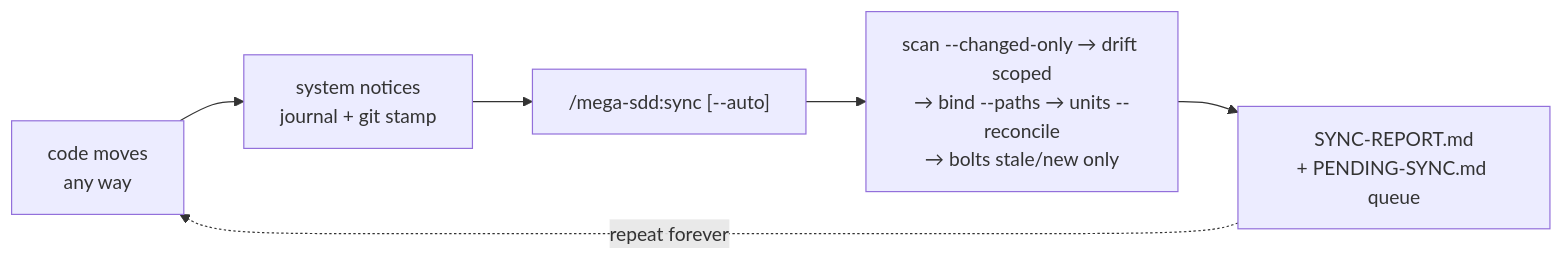
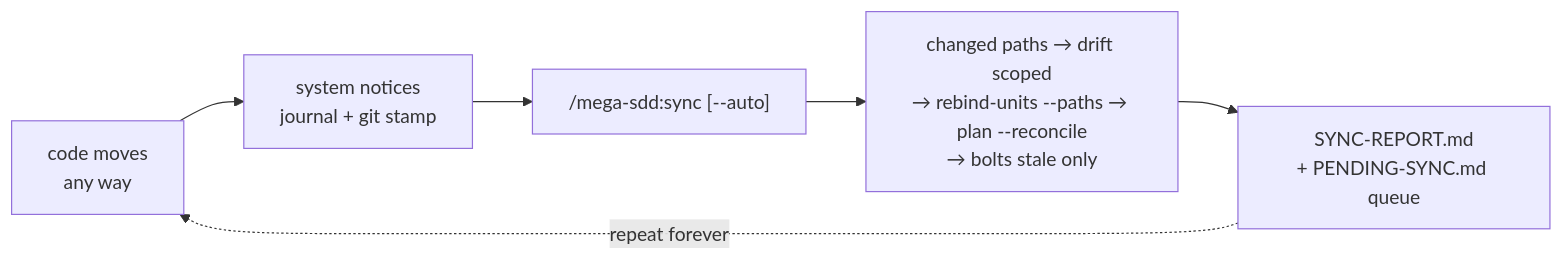
One commit to FarhanRiuzaki/Mega-SDD changed the third of 3 diagrams in plugins/mega-sdd/README.md. Above: the diagram before and after it, drawn with Mermaid. The commit also changed other lines of this file and 325 other files, not shown here.

````diff
--- a/plugins/mega-sdd/README.md
+++ b/plugins/mega-sdd/README.md
@@ -65,7 +115,7 @@
 ```mermaid
 flowchart LR
     MOVE[code moves<br/>any way] --> NOTICE[system notices<br/>journal + git stamp] --> SYNC["/mega-sdd:sync [--auto]"]
-    SYNC --> CHAIN[scan --changed-only → drift scoped<br/>→ bind --paths → units --reconcile<br/>→ bolts stale/new only]
+    SYNC --> CHAIN[changed paths → drift scoped<br/>→ rebind-units --paths → plan --reconcile<br/>→ bolts stale only]
     CHAIN --> REPORT[SYNC-REPORT.md<br/>+ PENDING-SYNC.md queue]
     REPORT -.repeat forever.-> MOVE
 ```
````
